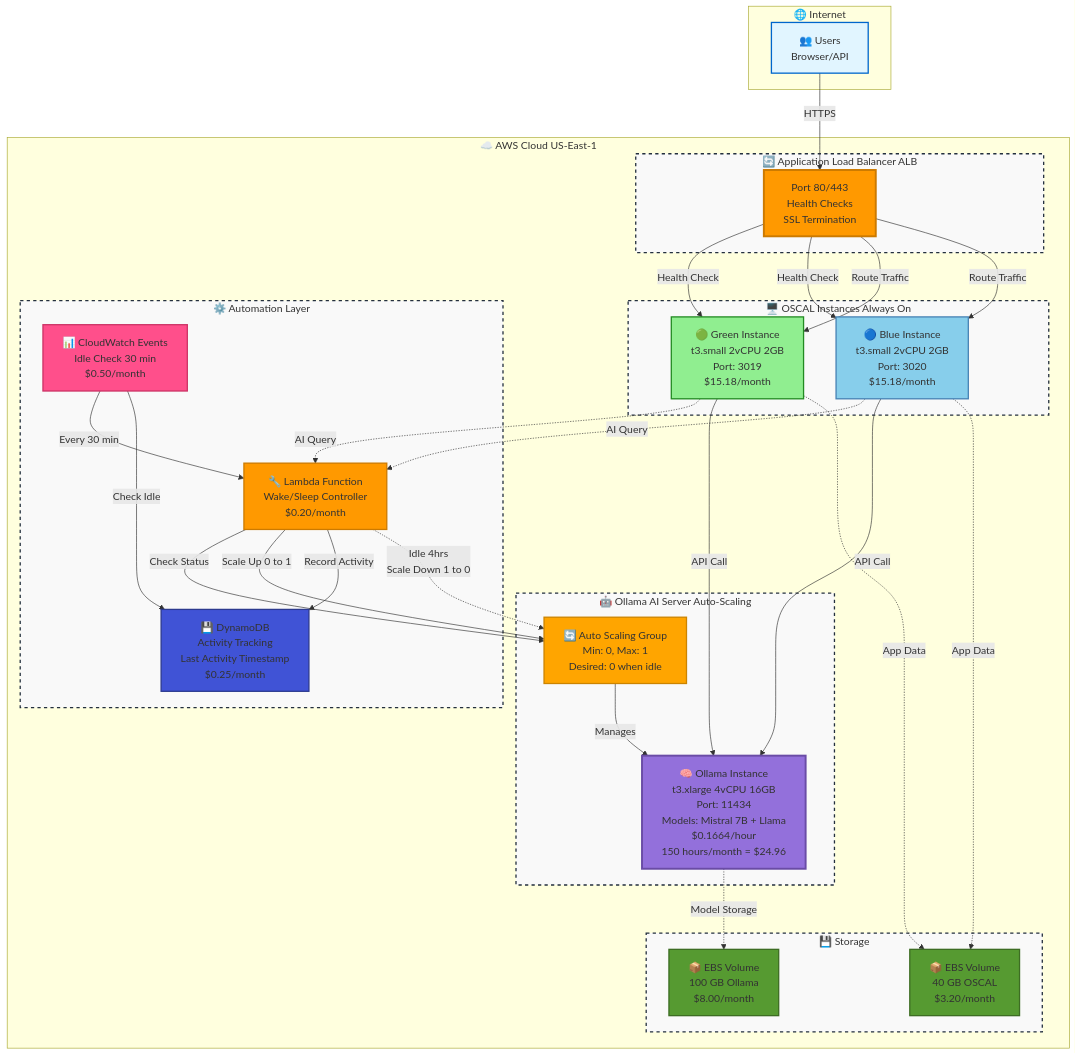
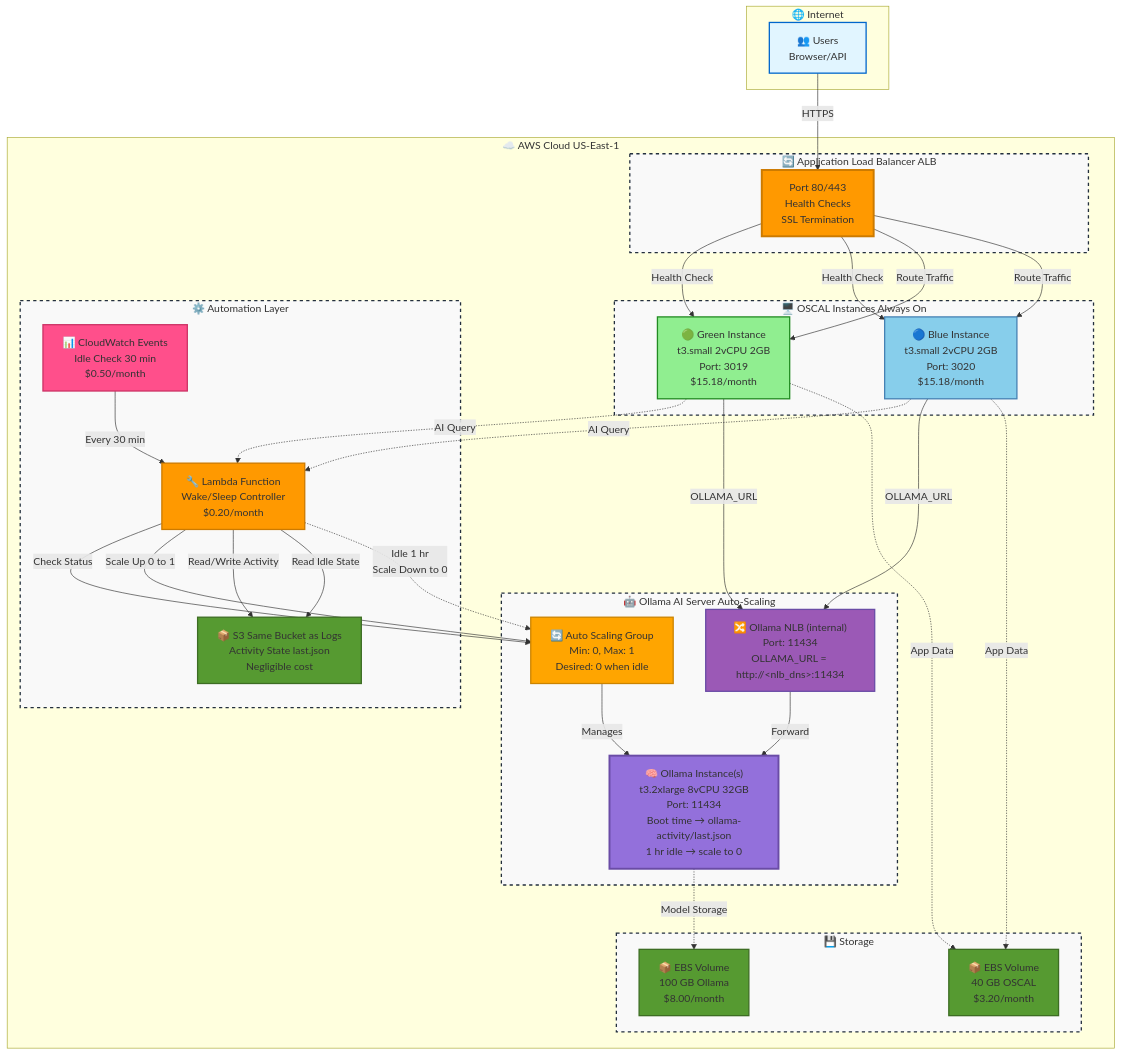
Before and after one commit to adobe/OSCAL-Reports: the diagram in docs/diagrams/aws-auto-scaling-architecture.mmd, drawn with Mermaid. The commit also changed 81 other files, not shown here.

```diff
--- a/docs/diagrams/aws-auto-scaling-architecture.mmd
+++ b/docs/diagrams/aws-auto-scaling-architecture.mmd
@@ -1,73 +1,76 @@
 flowchart TB
     subgraph Internet["🌐 Internet"]
         Users["👥 Users<br/>Browser/API"]
     end
     
     subgraph AWS["☁️ AWS Cloud US-East-1"]
         subgraph LoadBalancer["🔄 Application Load Balancer ALB"]
             ALB["Port 80/443<br/>Health Checks<br/>SSL Termination"]
         end
         
         subgraph OSCAL["🖥️ OSCAL Instances Always On"]
             Green["🟢 Green Instance<br/>t3.small 2vCPU 2GB<br/>Port: 3019<br/>$15.18/month"]
             Blue["🔵 Blue Instance<br/>t3.small 2vCPU 2GB<br/>Port: 3020<br/>$15.18/month"]
         end
         
         subgraph Automation["⚙️ Automation Layer"]
             Lambda["🔧 Lambda Function<br/>Wake/Sleep Controller<br/>$0.20/month"]
             CW["📊 CloudWatch Events<br/>Idle Check 30 min<br/>$0.50/month"]
-            DDB["💾 DynamoDB<br/>Activity Tracking<br/>Last Activity Timestamp<br/>$0.25/month"]
+            S3Activity["📦 S3 Same Bucket as Logs<br/>Activity State last.json<br/>Negligible cost"]
         end
         
         subgraph AI["🤖 Ollama AI Server Auto-Scaling"]
+            NLB["🔀 Ollama NLB (internal)<br/>Port: 11434<br/>OLLAMA_URL = http://&lt;nlb_dns&gt;:11434"]
             ASG["🔄 Auto Scaling Group<br/>Min: 0, Max: 1<br/>Desired: 0 when idle"]
-            Ollama["🧠 Ollama Instance<br/>t3.xlarge 4vCPU 16GB<br/>Port: 11434<br/>Models: Mistral 7B + Llama<br/>$0.1664/hour<br/>150 hours/month = $24.96"]
+            Ollama["🧠 Ollama Instance(s)<br/>t3.2xlarge 8vCPU 32GB<br/>Port: 11434<br/>Boot time → ollama-activity/last.json<br/>1 hr idle → scale to 0"]
         end
         
         subgraph Storage["💾 Storage"]
             EBS1["📦 EBS Volume<br/>40 GB OSCAL<br/>$3.20/month"]
             EBS2["📦 EBS Volume<br/>100 GB Ollama<br/>$8.00/month"]
         end
     end
     
     Users -->|HTTPS| ALB
     ALB -->|Health Check| Green
     ALB -->|Health Check| Blue
     ALB -->|Route Traffic| Green
     ALB -->|Route Traffic| Blue
     
     Green -.->|AI Query| Lambda
     Blue -.->|AI Query| Lambda
     
     Lambda -->|Check Status| ASG
     Lambda -->|Scale Up 0 to 1| ASG
-    Lambda -->|Record Activity| DDB
+    Lambda -->|Read/Write Activity| S3Activity
     
     CW -->|Every 30 min| Lambda
-    CW -->|Check Idle| DDB
+    Lambda -->|Read Idle State| S3Activity
     
-    Lambda -.->|Idle 4hrs<br/>Scale Down 1 to 0| ASG
+    Lambda -.->|Idle 1 hr<br/>Scale Down to 0| ASG
     
     ASG -->|Manages| Ollama
+    NLB -->|Forward| Ollama
     
-    Green -->|API Call| Ollama
-    Blue -->|API Call| Ollama
+    Green -->|OLLAMA_URL| NLB
+    Blue -->|OLLAMA_URL| NLB
     
     Ollama -.->|Model Storage| EBS2
     Green -.->|App Data| EBS1
     Blue -.->|App Data| EBS1
     
     style Users fill:#e1f5ff,stroke:#0066cc,stroke-width:2px
     style ALB fill:#ff9900,stroke:#cc7a00,stroke-width:3px
     style Green fill:#90EE90,stroke:#228B22,stroke-width:2px
     style Blue fill:#87CEEB,stroke:#4682B4,stroke-width:2px
     style Lambda fill:#FF9900,stroke:#cc7a00,stroke-width:2px
     style CW fill:#FF4F8B,stroke:#cc3366,stroke-width:2px
-    style DDB fill:#4053D6,stroke:#2c3a8f,stroke-width:2px
+    style S3Activity fill:#569A31,stroke:#3d6d23,stroke-width:2px
     style ASG fill:#FFA500,stroke:#cc8400,stroke-width:2px
+    style NLB fill:#9b59b6,stroke:#6a4ca6,stroke-width:2px
     style Ollama fill:#9370DB,stroke:#6a4ca6,stroke-width:3px
     style EBS1 fill:#569A31,stroke:#3d6d23,stroke-width:2px
     style EBS2 fill:#569A31,stroke:#3d6d23,stroke-width:2px
     
     classDef awsGroup fill:#f9f9f9,stroke:#232F3E,stroke-width:2px,stroke-dasharray: 5 5
     class LoadBalancer,OSCAL,Automation,AI,Storage awsGroup
```
